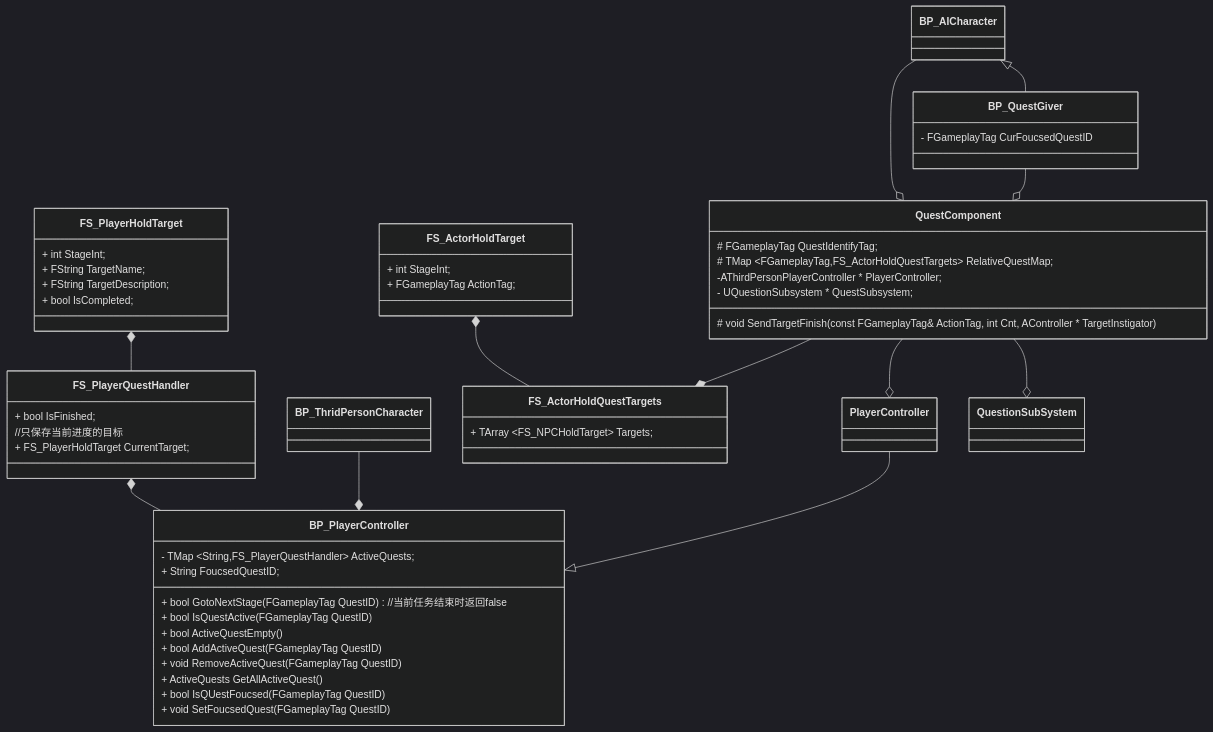
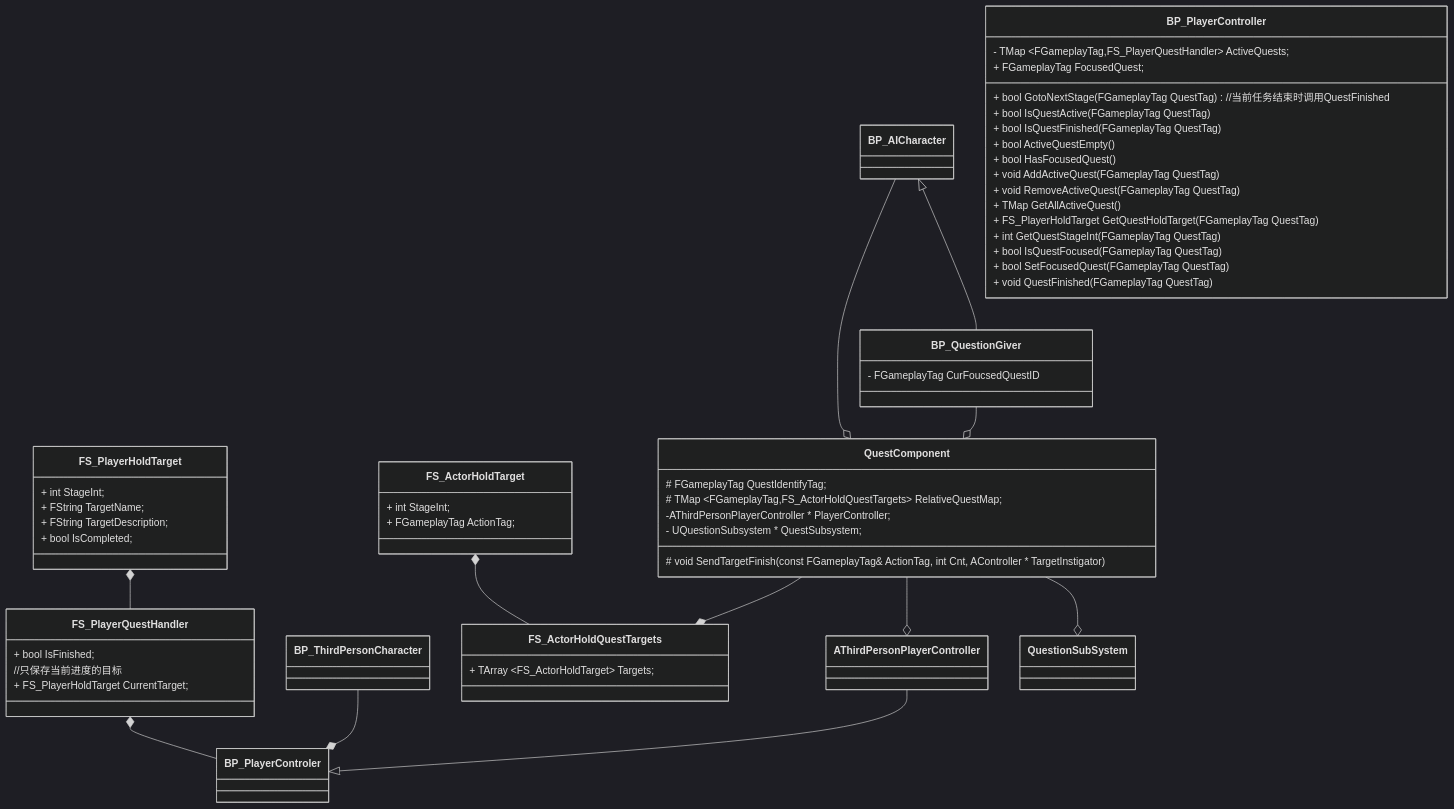
One commit to getyo/ARPG_Learn changed the third of 5 diagrams in Document/任务系统.md. Above: the diagram before and after it, drawn with Mermaid (dark theme). The commit also changed other lines of this file and 12 other files, not shown here.

````diff
--- a/Document/任务系统.md
+++ b/Document/任务系统.md
@@ -92,57 +92,62 @@
 ```mermaid
 classDiagram
 FS_PlayerHoldTarget *-- FS_PlayerQuestHandler
-FS_PlayerQuestHandler *-- BP_PlayerController
+FS_PlayerQuestHandler *-- BP_PlayerControler
 BP_AICharacter --o QuestComponent
-BP_AICharacter <|-- BP_QuestGiver
-BP_QuestGiver --o QuestComponent
-BP_ThridPersonCharacter --* BP_PlayerController
+BP_AICharacter <|-- BP_QuestionGiver
+BP_QuestionGiver --o QuestComponent
+BP_ThirdPersonCharacter --* BP_PlayerControler
 FS_ActorHoldTarget *-- FS_ActorHoldQuestTargets
-PlayerController --|> BP_PlayerController
+AThirdPersonPlayerController --|> BP_PlayerControler
 QuestComponent --* FS_ActorHoldQuestTargets 
-QuestComponent --o PlayerController
+QuestComponent --o AThirdPersonPlayerController
 QuestComponent --o QuestionSubSystem
 
 class FS_PlayerHoldTarget{
 + int StageInt;
 + FString TargetName;
 + FString TargetDescription;
 + bool IsCompleted;
 }
 class FS_PlayerQuestHandler{
 + bool IsFinished;
 //只保存当前进度的目标
 + FS_PlayerHoldTarget CurrentTarget;
 }
 class BP_PlayerController{
-- TMap ~String,FS_PlayerQuestHandler~ ActiveQuests;
-+ String FoucsedQuestID;
+- TMap ~FGameplayTag,FS_PlayerQuestHandler~ ActiveQuests;
++ FGameplayTag FocusedQuest;
 
-+ bool GotoNextStage(FGameplayTag QuestID) 	//当前任务结束时返回false
-+ bool IsQuestActive(FGameplayTag QuestID)
++ bool GotoNextStage(FGameplayTag QuestTag) 	//当前任务结束时调用QuestFinished
++ bool IsQuestActive(FGameplayTag QuestTag)
++ bool IsQuestFinished(FGameplayTag QuestTag)
 + bool ActiveQuestEmpty()
-+ bool AddActiveQuest(FGameplayTag QuestID)
-+ void RemoveActiveQuest(FGameplayTag QuestID)
-+ ActiveQuests GetAllActiveQuest()
-+ bool IsQUestFoucsed(FGameplayTag QuestID)
-+ void SetFoucsedQuest(FGameplayTag QuestID)
++ bool HasFocusedQuest()
++ void AddActiveQuest(FGameplayTag QuestTag)
++ void RemoveActiveQuest(FGameplayTag QuestTag)
++ TMap GetAllActiveQuest()
++ FS_PlayerHoldTarget GetQuestHoldTarget(FGameplayTag QuestTag)
++ int GetQuestStageInt(FGameplayTag QuestTag)
++ bool IsQuestFocused(FGameplayTag QuestTag)
++ bool SetFocusedQuest(FGameplayTag QuestTag)
++ void QuestFinished(FGameplayTag QuestTag)
 }
-class BP_QuestGiver{
+class BP_QuestionGiver{
 - FGameplayTag CurFoucsedQuestID
 }
 class FS_ActorHoldTarget{
 + int StageInt;
 + FGameplayTag ActionTag;
 }
 class FS_ActorHoldQuestTargets {
-+ TArray ~FS_NPCHoldTarget~ Targets;
++ TArray ~FS_ActorHoldTarget~ Targets;
 }
 class QuestComponent{
 # FGameplayTag QuestIdentifyTag;
 # TMap ~FGameplayTag,FS_ActorHoldQuestTargets~ RelativeQuestMap;
 -AThirdPersonPlayerController * PlayerController;
 - UQuestionSubsystem * QuestSubsystem;
 # void SendTargetFinish(const FGameplayTag& ActionTag, int Cnt, AController * TargetInstigator)
 }
 
 ```
````
